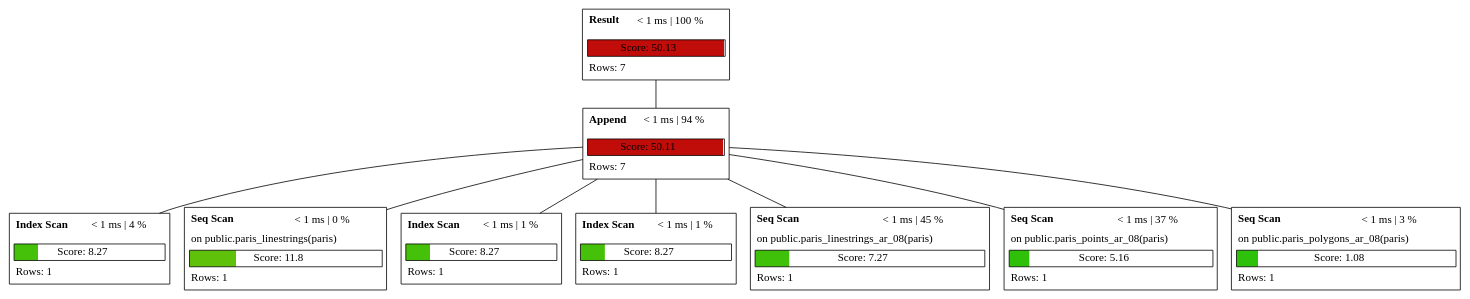
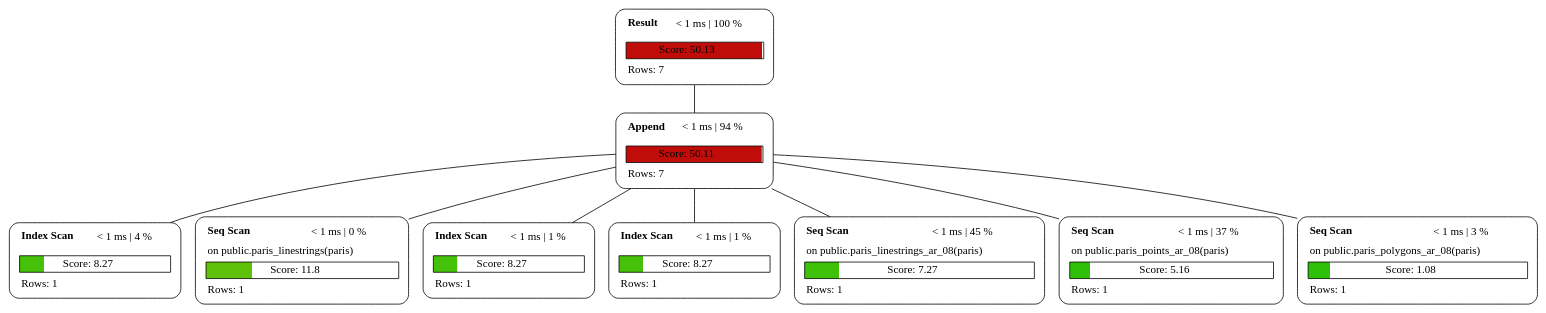
The diagram in examples/plan_3.dot (sanpii/explain), drawn with Graphviz before and after one commit. The commit also changed 17 other files, not shown here.

```diff
--- a/examples/plan_3.dot
+++ b/examples/plan_3.dot
@@ -1,64 +1,19 @@
 graph explain {
-    node0[label=<<table cellborder="0" cellspacing="5">
-    <tr><td align="left"><b>Result</b></td><td>&lt; 1 ms | 100 %</td></tr>
-    <tr><td colspan="2" align="left"></td></tr>
-    <tr><td colspan="2" border="1" bgcolor="#c10d0a;0.99:white">Score: 50.13</td></tr>
-    <tr><td colspan="2" align="left">Rows: 7</td></tr>
-</table>>][style="rounded"][shape="plain"];
-    node1[label=<<table cellborder="0" cellspacing="5">
-    <tr><td align="left"><b>Append</b></td><td>&lt; 1 ms | 94 %</td></tr>
-    <tr><td colspan="2" align="left"></td></tr>
-    <tr><td colspan="2" border="1" bgcolor="#c10d0a;0.99:white">Score: 50.11</td></tr>
-    <tr><td colspan="2" align="left">Rows: 7</td></tr>
-</table>>][style="rounded"][shape="plain"];
-    node2[label=<<table cellborder="0" cellspacing="5">
-    <tr><td align="left"><b>Index Scan</b></td><td>&lt; 1 ms | 4 %</td></tr>
-    <tr><td colspan="2" align="left"></td></tr>
-    <tr><td colspan="2" border="1" bgcolor="#46c10a;0.16:white">Score: 8.27</td></tr>
-    <tr><td colspan="2" align="left">Rows: 1</td></tr>
-</table>>][style="rounded"][shape="plain"];
-    node3[label=<<table cellborder="0" cellspacing="5">
-    <tr><td align="left"><b>Seq Scan</b></td><td>&lt; 1 ms | 0 %</td></tr>
-    <tr><td colspan="2" align="left">on public.paris_linestrings(paris)</td></tr>
-    <tr><td colspan="2" border="1" bgcolor="#60c10a;0.24:white">Score: 11.8</td></tr>
-    <tr><td colspan="2" align="left">Rows: 1</td></tr>
-</table>>][style="rounded"][shape="plain"];
-    node4[label=<<table cellborder="0" cellspacing="5">
-    <tr><td align="left"><b>Index Scan</b></td><td>&lt; 1 ms | 1 %</td></tr>
-    <tr><td colspan="2" align="left"></td></tr>
-    <tr><td colspan="2" border="1" bgcolor="#46c10a;0.16:white">Score: 8.27</td></tr>
-    <tr><td colspan="2" align="left">Rows: 1</td></tr>
-</table>>][style="rounded"][shape="plain"];
-    node5[label=<<table cellborder="0" cellspacing="5">
-    <tr><td align="left"><b>Index Scan</b></td><td>&lt; 1 ms | 1 %</td></tr>
-    <tr><td colspan="2" align="left"></td></tr>
-    <tr><td colspan="2" border="1" bgcolor="#46c10a;0.16:white">Score: 8.27</td></tr>
-    <tr><td colspan="2" align="left">Rows: 1</td></tr>
-</table>>][style="rounded"][shape="plain"];
-    node6[label=<<table cellborder="0" cellspacing="5">
-    <tr><td align="left"><b>Seq Scan</b></td><td>&lt; 1 ms | 45 %</td></tr>
-    <tr><td colspan="2" align="left">on public.paris_linestrings_ar_08(paris)</td></tr>
-    <tr><td colspan="2" border="1" bgcolor="#3fc10a;0.15:white">Score: 7.27</td></tr>
-    <tr><td colspan="2" align="left">Rows: 1</td></tr>
-</table>>][style="rounded"][shape="plain"];
-    node7[label=<<table cellborder="0" cellspacing="5">
-    <tr><td align="left"><b>Seq Scan</b></td><td>&lt; 1 ms | 37 %</td></tr>
-    <tr><td colspan="2" align="left">on public.paris_points_ar_08(paris)</td></tr>
-    <tr><td colspan="2" border="1" bgcolor="#2fc10a;0.10:white">Score: 5.16</td></tr>
-    <tr><td colspan="2" align="left">Rows: 1</td></tr>
-</table>>][style="rounded"][shape="plain"];
-    node8[label=<<table cellborder="0" cellspacing="5">
-    <tr><td align="left"><b>Seq Scan</b></td><td>&lt; 1 ms | 3 %</td></tr>
-    <tr><td colspan="2" align="left">on public.paris_polygons_ar_08(paris)</td></tr>
-    <tr><td colspan="2" border="1" bgcolor="#2ec10a;0.10:white">Score: 1.08</td></tr>
-    <tr><td colspan="2" align="left">Rows: 1</td></tr>
-</table>>][style="rounded"][shape="plain"];
+    node0[label=<<table border="0" cellborder="0" cellspacing="5"><tr><td align="left"><b>Result</b></td><td>&lt; 1 ms | 100 %</td></tr><tr><td colspan="2" align="left"></td></tr><tr><td colspan="2" border="1" bgcolor="#c10d0a;0.99:white">Score: 50.13</td></tr><tr><td colspan="2" align="left">Rows: 7</td></tr></table>>][style="rounded"][shape="box"];
+    node1[label=<<table border="0" cellborder="0" cellspacing="5"><tr><td align="left"><b>Append</b></td><td>&lt; 1 ms | 94 %</td></tr><tr><td colspan="2" align="left"></td></tr><tr><td colspan="2" border="1" bgcolor="#c10d0a;0.99:white">Score: 50.11</td></tr><tr><td colspan="2" align="left">Rows: 7</td></tr></table>>][style="rounded"][shape="box"];
+    node2[label=<<table border="0" cellborder="0" cellspacing="5"><tr><td align="left"><b>Index Scan</b></td><td>&lt; 1 ms | 4 %</td></tr><tr><td colspan="2" align="left"></td></tr><tr><td colspan="2" border="1" bgcolor="#46c10a;0.16:white">Score: 8.27</td></tr><tr><td colspan="2" align="left">Rows: 1</td></tr></table>>][style="rounded"][shape="box"];
+    node3[label=<<table border="0" cellborder="0" cellspacing="5"><tr><td align="left"><b>Seq Scan</b></td><td>&lt; 1 ms | 0 %</td></tr><tr><td colspan="2" align="left">on public.paris_linestrings(paris)</td></tr><tr><td colspan="2" border="1" bgcolor="#60c10a;0.24:white">Score: 11.8</td></tr><tr><td colspan="2" align="left">Rows: 1</td></tr></table>>][style="rounded"][shape="box"];
+    node4[label=<<table border="0" cellborder="0" cellspacing="5"><tr><td align="left"><b>Index Scan</b></td><td>&lt; 1 ms | 1 %</td></tr><tr><td colspan="2" align="left"></td></tr><tr><td colspan="2" border="1" bgcolor="#46c10a;0.16:white">Score: 8.27</td></tr><tr><td colspan="2" align="left">Rows: 1</td></tr></table>>][style="rounded"][shape="box"];
+    node5[label=<<table border="0" cellborder="0" cellspacing="5"><tr><td align="left"><b>Index Scan</b></td><td>&lt; 1 ms | 1 %</td></tr><tr><td colspan="2" align="left"></td></tr><tr><td colspan="2" border="1" bgcolor="#46c10a;0.16:white">Score: 8.27</td></tr><tr><td colspan="2" align="left">Rows: 1</td></tr></table>>][style="rounded"][shape="box"];
+    node6[label=<<table border="0" cellborder="0" cellspacing="5"><tr><td align="left"><b>Seq Scan</b></td><td>&lt; 1 ms | 45 %</td></tr><tr><td colspan="2" align="left">on public.paris_linestrings_ar_08(paris)</td></tr><tr><td colspan="2" border="1" bgcolor="#3fc10a;0.15:white">Score: 7.27</td></tr><tr><td colspan="2" align="left">Rows: 1</td></tr></table>>][style="rounded"][shape="box"];
+    node7[label=<<table border="0" cellborder="0" cellspacing="5"><tr><td align="left"><b>Seq Scan</b></td><td>&lt; 1 ms | 37 %</td></tr><tr><td colspan="2" align="left">on public.paris_points_ar_08(paris)</td></tr><tr><td colspan="2" border="1" bgcolor="#2fc10a;0.10:white">Score: 5.16</td></tr><tr><td colspan="2" align="left">Rows: 1</td></tr></table>>][style="rounded"][shape="box"];
+    node8[label=<<table border="0" cellborder="0" cellspacing="5"><tr><td align="left"><b>Seq Scan</b></td><td>&lt; 1 ms | 3 %</td></tr><tr><td colspan="2" align="left">on public.paris_polygons_ar_08(paris)</td></tr><tr><td colspan="2" border="1" bgcolor="#2ec10a;0.10:white">Score: 1.08</td></tr><tr><td colspan="2" align="left">Rows: 1</td></tr></table>>][style="rounded"][shape="box"];
     node0 -- node1[label=""];
     node1 -- node2[label=""];
     node1 -- node3[label=""];
     node1 -- node4[label=""];
     node1 -- node5[label=""];
     node1 -- node6[label=""];
     node1 -- node7[label=""];
     node1 -- node8[label=""];
 }
```
